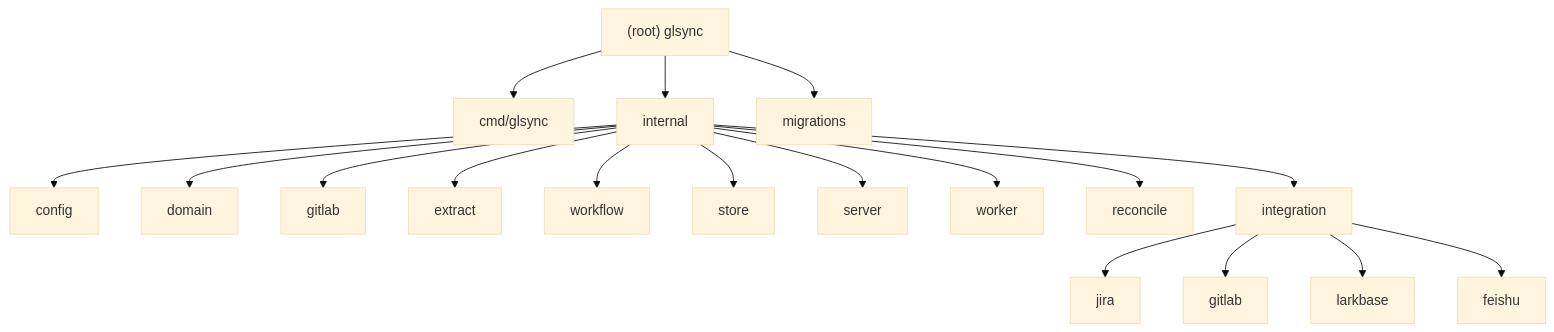
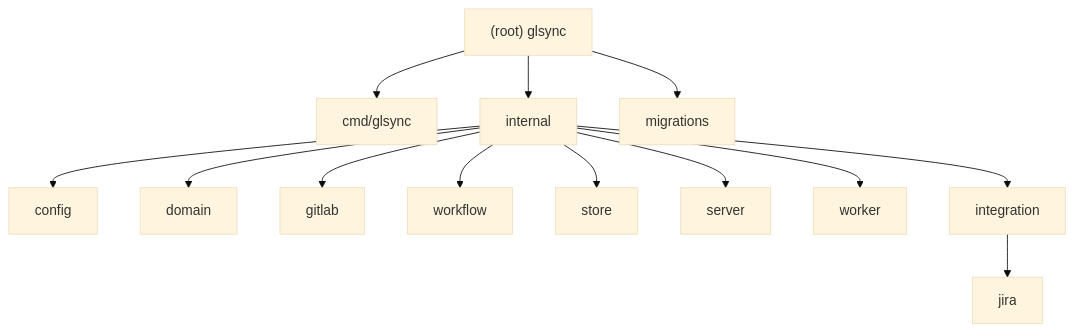
The diagram in CLAUDE.md (mavolty/glsync), drawn with Mermaid (base theme) before and after one commit. The commit also changed other lines of this file and 1 other file, not shown here.

````diff
--- a/CLAUDE.md
+++ b/CLAUDE.md
@@ -43,20 +43,15 @@
 ```mermaid
 graph TD
     A["(root) glsync"] --> B["cmd/glsync"]
     A --> C["internal"]
     C --> D["config"]
     C --> E["domain"]
     C --> F["gitlab"]
-    C --> G["extract"]
     C --> H["workflow"]
     C --> I["store"]
     C --> J["server"]
     C --> K["worker"]
-    C --> L["reconcile"]
     C --> M["integration"]
     M --> N["jira"]
-    M --> O["gitlab"]
-    M --> P["larkbase"]
-    M --> Q["feishu"]
     A --> R["migrations"]
 ```
````
